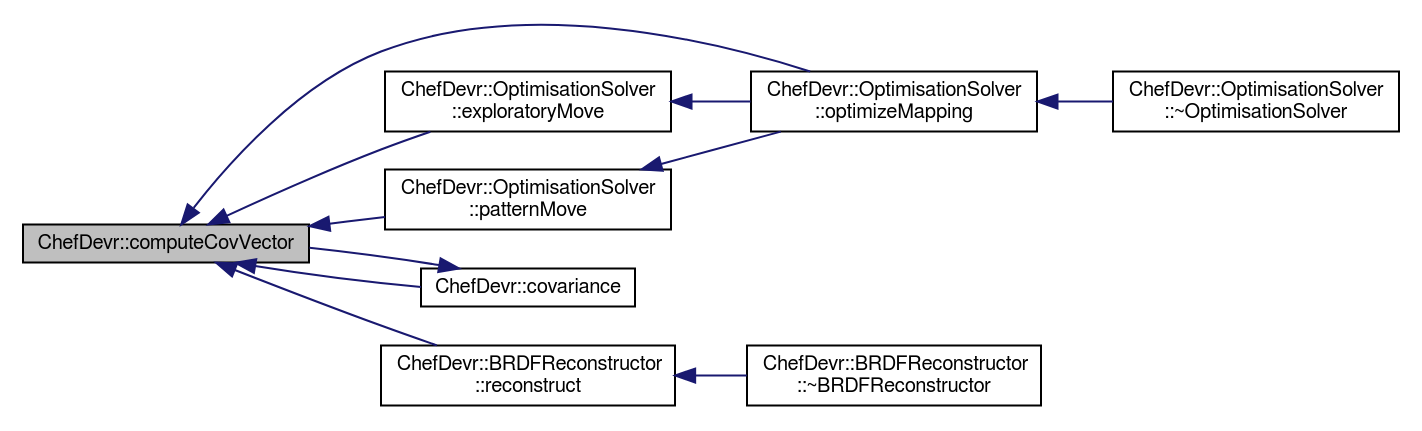
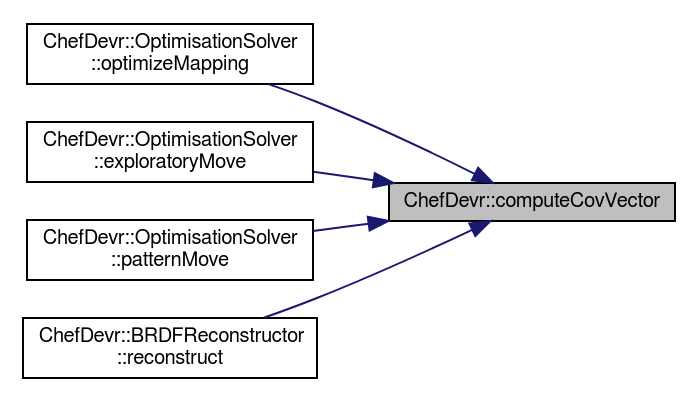
Before and after one commit to bsella/BRDF3000: the diagram in docs/namespace_chef_devr_a596a285a8d77aad17878f22f23689861_icgraph.dot, drawn with Graphviz. The commit also changed 287 other files, not shown here.

```diff
--- a/docs/namespace_chef_devr_a596a285a8d77aad17878f22f23689861_icgraph.dot
+++ b/docs/namespace_chef_devr_a596a285a8d77aad17878f22f23689861_icgraph.dot
@@ -1,24 +1,16 @@
 digraph "ChefDevr::computeCovVector"
 {
+ // LATEX_PDF_SIZE
   edge [fontname="FreeSans",fontsize="10",labelfontname="FreeSans",labelfontsize="10"];
   node [fontname="FreeSans",fontsize="10",shape=record];
-  rankdir="LR";
-  Node13 [label="ChefDevr::computeCovVector",height=0.2,width=0.4,color="black", fillcolor="grey75", style="filled", fontcolor="black"];
-  Node13 -> Node14 [dir="back",color="midnightblue",fontsize="10",style="solid",fontname="FreeSans"];
-  Node14 [label="ChefDevr::OptimisationSolver\l::optimizeMapping",height=0.2,width=0.4,color="black", fillcolor="white", style="filled",URL="$class_chef_devr_1_1_optimisation_solver.html#ac071d573e4155176f151f9413ef7b107",tooltip="Computes the optimized parametrisation of the BRDFs manifold. Uses Hook & Jeeves method to solve the ..."];
-  Node14 -> Node15 [dir="back",color="midnightblue",fontsize="10",style="solid",fontname="FreeSans"];
-  Node15 [label="ChefDevr::OptimisationSolver\l::~OptimisationSolver",height=0.2,width=0.4,color="black", fillcolor="white", style="filled",URL="$class_chef_devr_1_1_optimisation_solver.html#a5cb2221de8949571cd64eb7aa270fd48"];
-  Node13 -> Node16 [dir="back",color="midnightblue",fontsize="10",style="solid",fontname="FreeSans"];
-  Node16 [label="ChefDevr::OptimisationSolver\l::exploratoryMove",height=0.2,width=0.4,color="black", fillcolor="white", style="filled",URL="$class_chef_devr_1_1_optimisation_solver.html#a515eb2a32af01d73c8a7c0be3ebd5aba",tooltip="Updates the movement vector of X that improves the solution (X_move) "];
-  Node16 -> Node14 [dir="back",color="midnightblue",fontsize="10",style="solid",fontname="FreeSans"];
-  Node13 -> Node17 [dir="back",color="midnightblue",fontsize="10",style="solid",fontname="FreeSans"];
-  Node17 [label="ChefDevr::OptimisationSolver\l::patternMove",height=0.2,width=0.4,color="black", fillcolor="white", style="filled",URL="$class_chef_devr_1_1_optimisation_solver.html#a521476ed550af6cdf431015c9af20498",tooltip="Apply X_move to the latent variable vector X. Updates new_X, new_K_minus1, new_detK accordingly..."];
-  Node17 -> Node14 [dir="back",color="midnightblue",fontsize="10",style="solid",fontname="FreeSans"];
-  Node13 -> Node18 [dir="back",color="midnightblue",fontsize="10",style="solid",fontname="FreeSans"];
-  Node18 [label="ChefDevr::covariance",height=0.2,width=0.4,color="black", fillcolor="white", style="filled",URL="$namespace_chef_devr.html#a13ff4baef0481276d6b78f9d47297d0d",tooltip="Covariance function given in the research paper : A Versatile Parametrization for Measured Materials ..."];
-  Node18 -> Node13 [dir="back",color="midnightblue",fontsize="10",style="solid",fontname="FreeSans"];
-  Node13 -> Node19 [dir="back",color="midnightblue",fontsize="10",style="solid",fontname="FreeSans"];
-  Node19 [label="ChefDevr::BRDFReconstructor\l::reconstruct",height=0.2,width=0.4,color="black", fillcolor="white", style="filled",URL="$class_chef_devr_1_1_b_r_d_f_reconstructor.html#a205bf0004c370cd8633caa425dbcabd7",tooltip="Reconstructs a BRDF for latent space coordinates. "];
-  Node19 -> Node20 [dir="back",color="midnightblue",fontsize="10",style="solid",fontname="FreeSans"];
-  Node20 [label="ChefDevr::BRDFReconstructor\l::~BRDFReconstructor",height=0.2,width=0.4,color="black", fillcolor="white", style="filled",URL="$class_chef_devr_1_1_b_r_d_f_reconstructor.html#a8943b55072cbcf99bd09553917c1ce68"];
+  rankdir="RL";
+  Node4 [label="ChefDevr::computeCovVector",height=0.2,width=0.4,color="black", fillcolor="grey75", style="filled", fontcolor="black",tooltip="Computes the covariance column vector for the coordRef coordinates variable."];
+  Node4 -> Node5 [dir="back",color="midnightblue",fontsize="10",style="solid",fontname="FreeSans"];
+  Node5 [label="ChefDevr::OptimisationSolver\l::optimizeMapping",height=0.2,width=0.4,color="black", fillcolor="white", style="filled",URL="$class_chef_devr_1_1_optimisation_solver.html#ac071d573e4155176f151f9413ef7b107",tooltip="Computes the optimized parametrisation of the BRDFs manifold. Uses Hook & Jeeves method to solve the ..."];
+  Node4 -> Node6 [dir="back",color="midnightblue",fontsize="10",style="solid",fontname="FreeSans"];
+  Node6 [label="ChefDevr::OptimisationSolver\l::exploratoryMove",height=0.2,width=0.4,color="black", fillcolor="white", style="filled",URL="$class_chef_devr_1_1_optimisation_solver.html#a515eb2a32af01d73c8a7c0be3ebd5aba",tooltip="Updates the movement vector of X that improves the solution (X_move)"];
+  Node4 -> Node7 [dir="back",color="midnightblue",fontsize="10",style="solid",fontname="FreeSans"];
+  Node7 [label="ChefDevr::OptimisationSolver\l::patternMove",height=0.2,width=0.4,color="black", fillcolor="white", style="filled",URL="$class_chef_devr_1_1_optimisation_solver.html#a521476ed550af6cdf431015c9af20498",tooltip="Apply X_move to the latent variable vector X. Updates new_X, new_K_minus1, new_detK accordingly."];
+  Node4 -> Node8 [dir="back",color="midnightblue",fontsize="10",style="solid",fontname="FreeSans"];
+  Node8 [label="ChefDevr::BRDFReconstructor\l::reconstruct",height=0.2,width=0.4,color="black", fillcolor="white", style="filled",URL="$class_chef_devr_1_1_b_r_d_f_reconstructor.html#a205bf0004c370cd8633caa425dbcabd7",tooltip="Reconstructs a BRDF for latent space coordinates."];
 }
```
